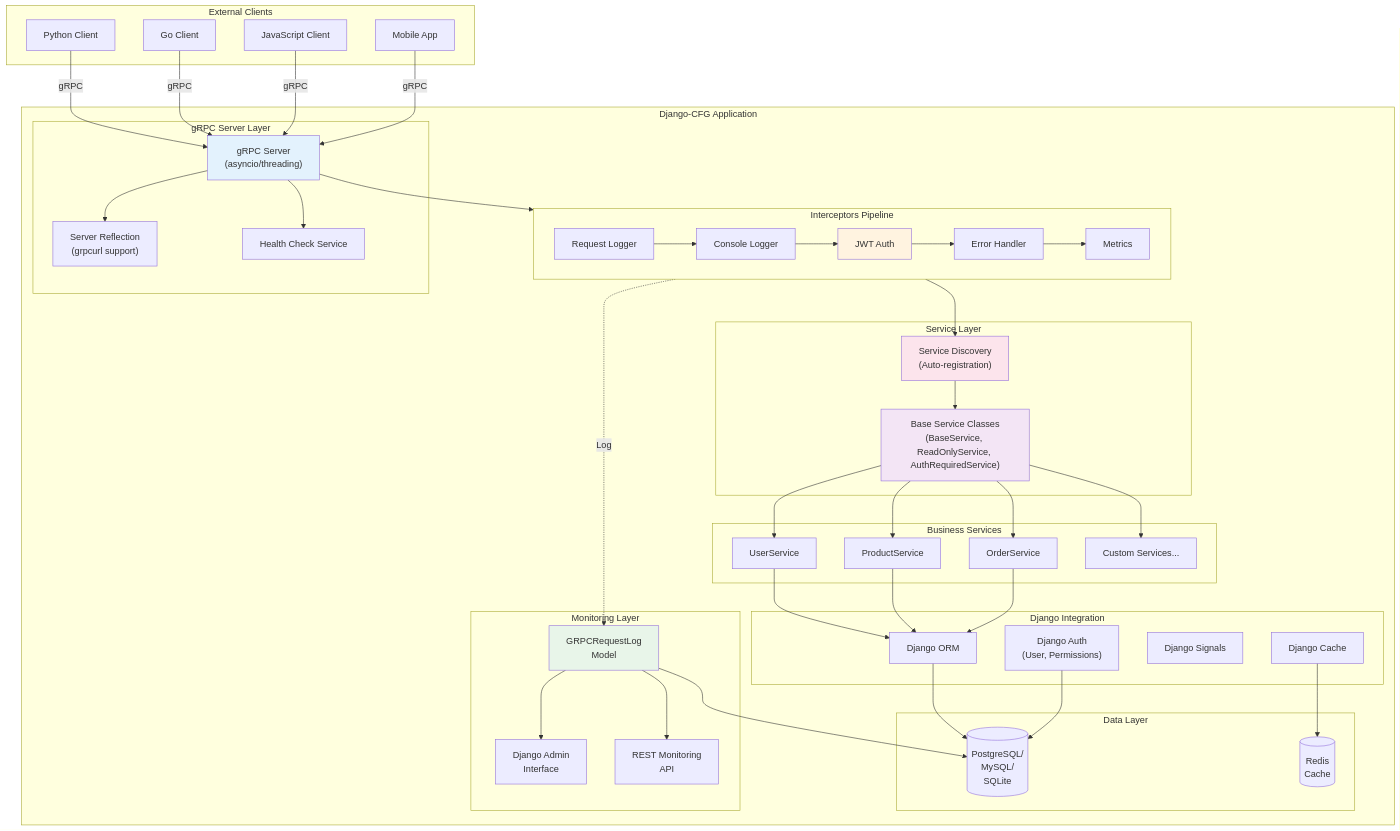
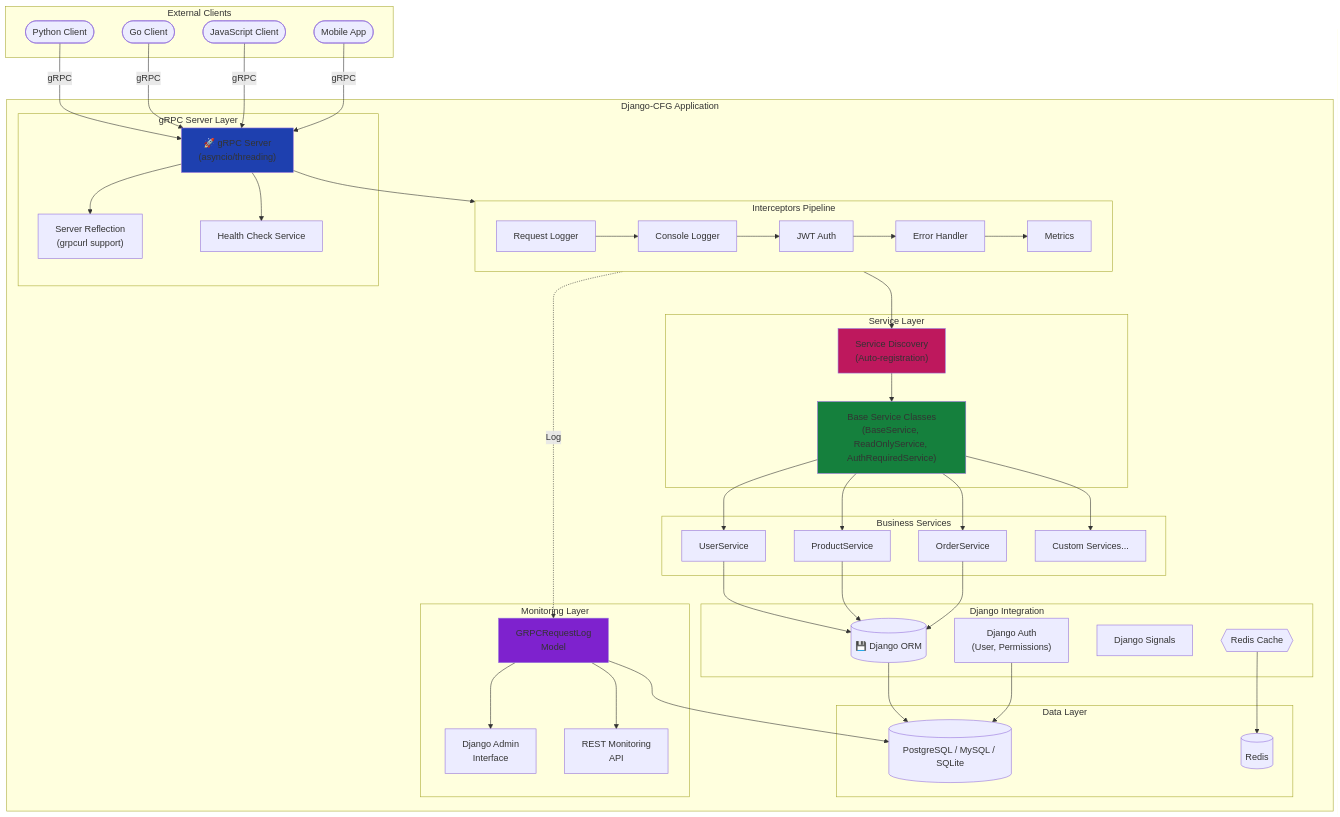
One commit to markolofsen/django-cfg changed the first of 12 diagrams in docs/features/integrations/grpc/architecture.md. Above: the diagram before and after it, drawn with Mermaid. The commit also changed other lines of this file and 10 other files, not shown here.

First line of the commit message:
feat(grpc): improve gRPC server visualization and configuration

````diff
--- a/docs/features/integrations/grpc/architecture.md
+++ b/docs/features/integrations/grpc/architecture.md
@@ -21,15 +21,15 @@
 ```mermaid
 graph TB
     subgraph "External Clients"
-        PythonClient["Python Client"]
-        GoClient["Go Client"]
-        JSClient["JavaScript Client"]
-        MobileClient["Mobile App"]
+        PythonClient([Python Client])
+        GoClient([Go Client])
+        JSClient([JavaScript Client])
+        MobileClient([Mobile App])
     end
 
     subgraph "Django-CFG Application"
         subgraph "gRPC Server Layer"
-            Server["gRPC Server<br/>(asyncio/threading)"]
+            Server["🚀 gRPC Server<br/>(asyncio/threading)"]
             Reflection["Server Reflection<br/>(grpcurl support)"]
             Health["Health Check Service"]
         end
@@ -58,15 +58,15 @@
         end
 
         subgraph "Django Integration"
-            ORM["Django ORM"]
+            ORM[("💾 Django ORM")]
             Auth["Django Auth<br/>(User, Permissions)"]
             Signals["Django Signals"]
-            Cache["Django Cache"]
+            Cache{{Redis Cache}}
         end
 
         subgraph "Data Layer"
-            DB[(PostgreSQL/<br/>MySQL/<br/>SQLite)]
-            Redis[(Redis<br/>Cache)]
+            DB[("PostgreSQL / MySQL / SQLite")]
+            Redis[("Redis")]
         end
 
         subgraph "Monitoring Layer"
@@ -105,9 +105,8 @@
     LogModel --> AdminUI
     LogModel --> RestAPI
 
-    style Server fill:#e3f2fd
-    style I3 fill:#fff3e0
-    style BaseClasses fill:#f3e5f5
-    style LogModel fill:#e8f5e9
-    style Discovery fill:#fce4ec
+    style Server fill:#1e40af
+    style BaseClasses fill:#15803d
+    style LogModel fill:#7e22ce
+    style Discovery fill:#be185d
 ```
````
